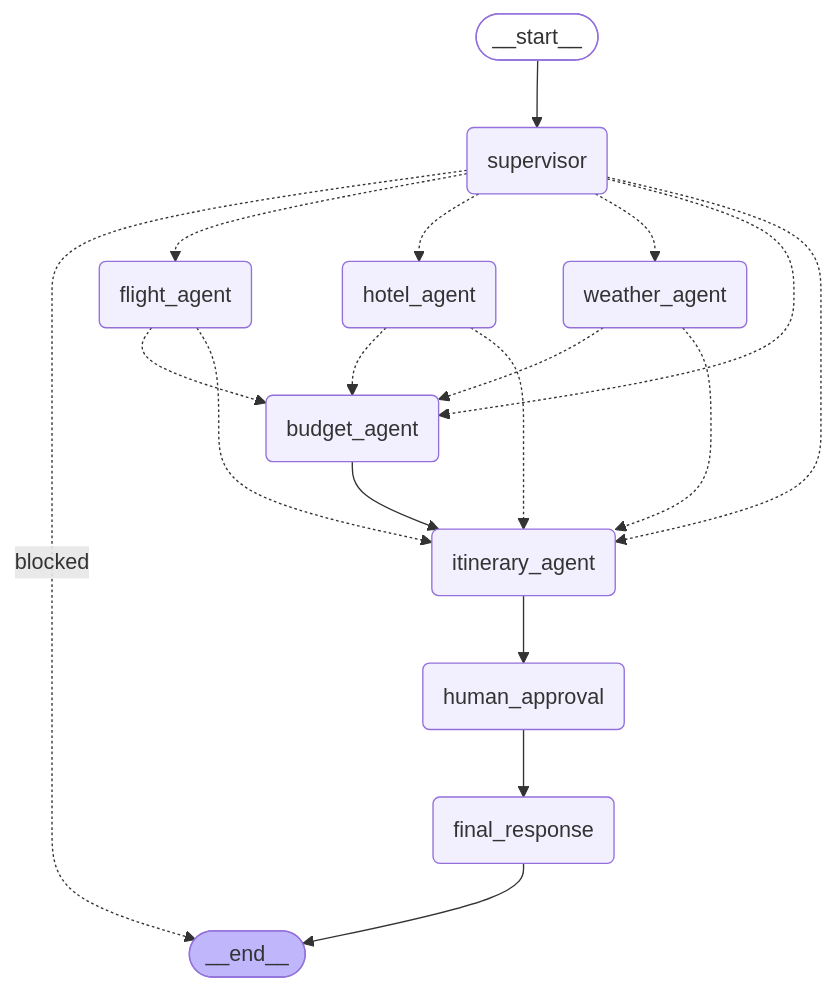
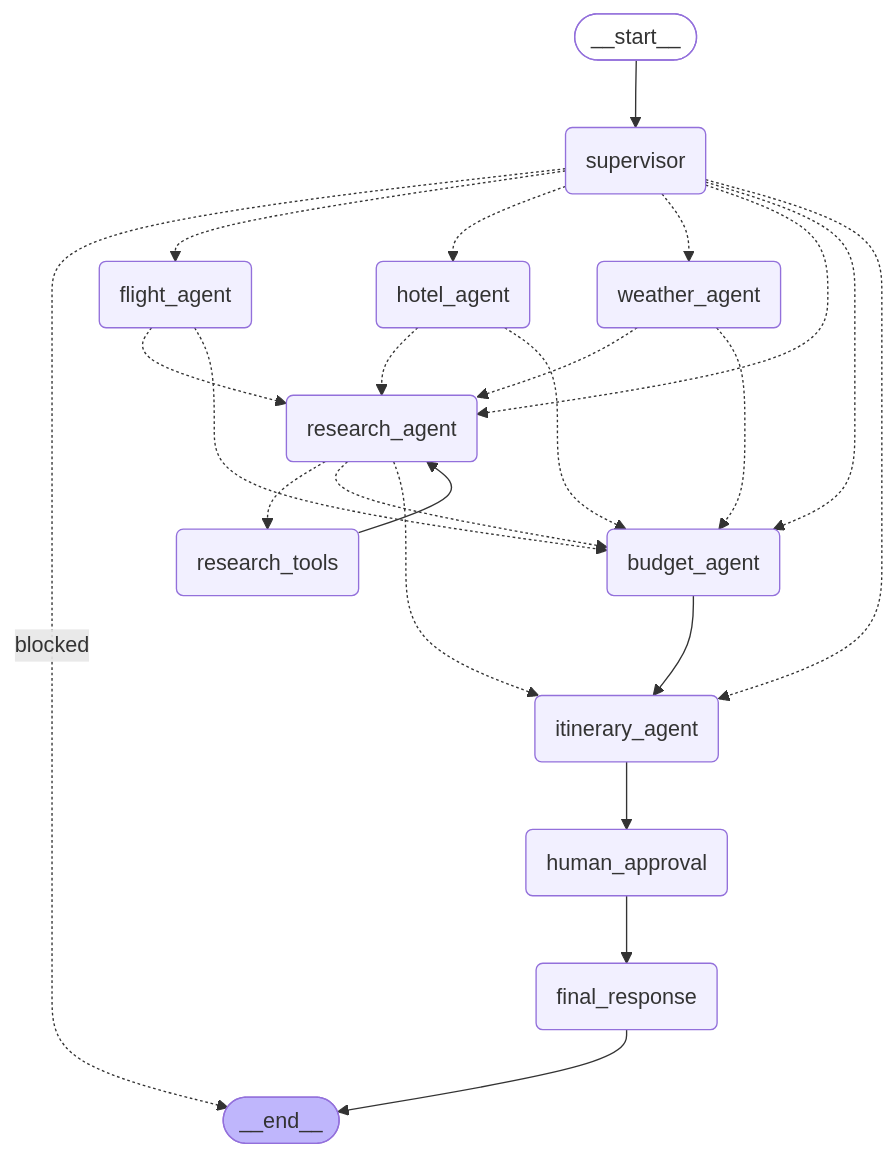
The diagram in README.md (MuhammadMehdiRaza/Multi-Agent-AI-Travel-Planning-System), drawn with Mermaid before and after one commit. The commit also changed other lines of this file and 11 other files, not shown here.

````diff
--- a/README.md
+++ b/README.md
@@ -36,33 +78,40 @@
 ```mermaid
 graph TD;
 	__start__([__start__]):::first
 	supervisor(supervisor)
 	flight_agent(flight_agent)
 	hotel_agent(hotel_agent)
 	weather_agent(weather_agent)
+	research_agent(research_agent)
+	research_tools(research_tools)
 	budget_agent(budget_agent)
 	itinerary_agent(itinerary_agent)
 	human_approval(human_approval)
 	final_response(final_response)
 	__end__([__end__]):::last
 	__start__ --> supervisor;
 	supervisor -. blocked .-> __end__;
 	supervisor -.-> flight_agent;
 	supervisor -.-> hotel_agent;
 	supervisor -.-> weather_agent;
+	supervisor -.-> research_agent;
 	supervisor -.-> budget_agent;
 	supervisor -.-> itinerary_agent;
+	flight_agent -.-> research_agent;
+	hotel_agent -.-> research_agent;
+	weather_agent -.-> research_agent;
 	flight_agent -.-> budget_agent;
-	flight_agent -.-> itinerary_agent;
 	hotel_agent -.-> budget_agent;
-	hotel_agent -.-> itinerary_agent;
 	weather_agent -.-> budget_agent;
-	weather_agent -.-> itinerary_agent;
+	research_agent -.-> research_tools;
+	research_tools --> research_agent;
+	research_agent -.-> budget_agent;
+	research_agent -.-> itinerary_agent;
 	budget_agent --> itinerary_agent;
 	itinerary_agent --> human_approval;
 	human_approval --> final_response;
 	final_response --> __end__;
 	classDef default fill:#f2f0ff,line-height:1.2
 	classDef first fill-opacity:0
 	classDef last fill:#bfb6fc
 ```
````
